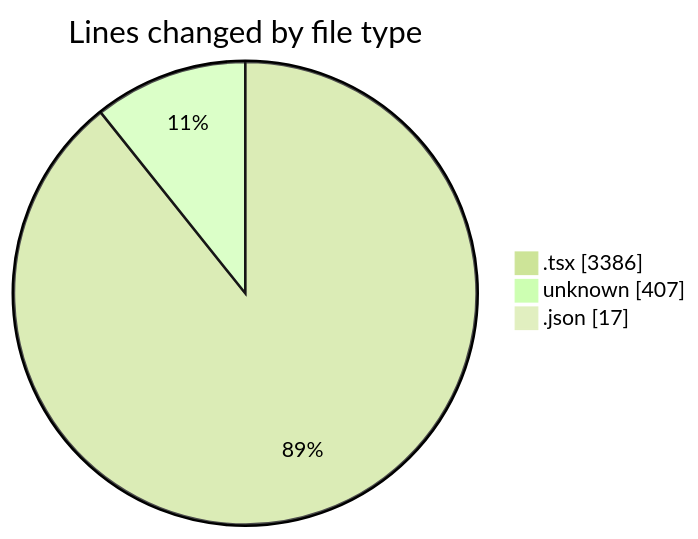
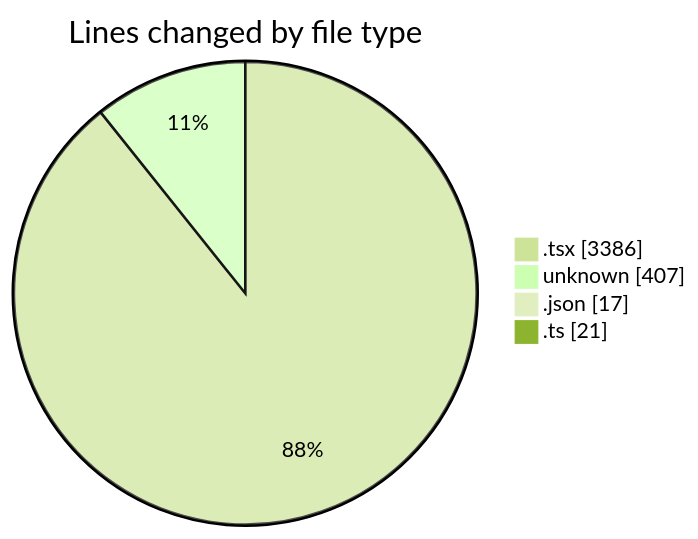
The first of 2 diagrams in 2025-06-20/archive/README.md (JenPaints/code-tracking), drawn with Mermaid (forest theme) before and after one commit. The commit also changed other lines of this file and 1 other file, not shown here.

````diff
--- a/2025-06-20/archive/README.md
+++ b/2025-06-20/archive/README.md
@@ -31,7 +32,8 @@
 ```mermaid
 pie showData
 title Lines changed by file type
 ".tsx" : 3386
 "unknown" : 407
 ".json" : 17
+".ts" : 21
 ```
````
